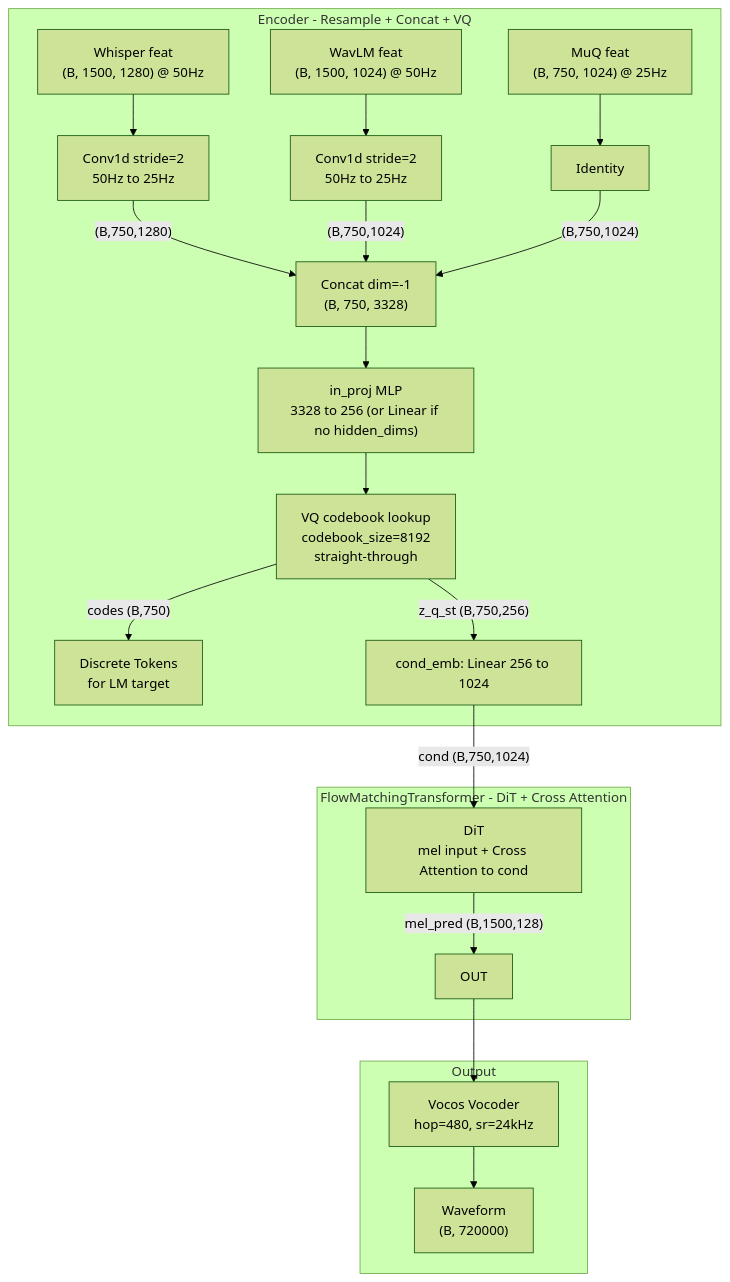
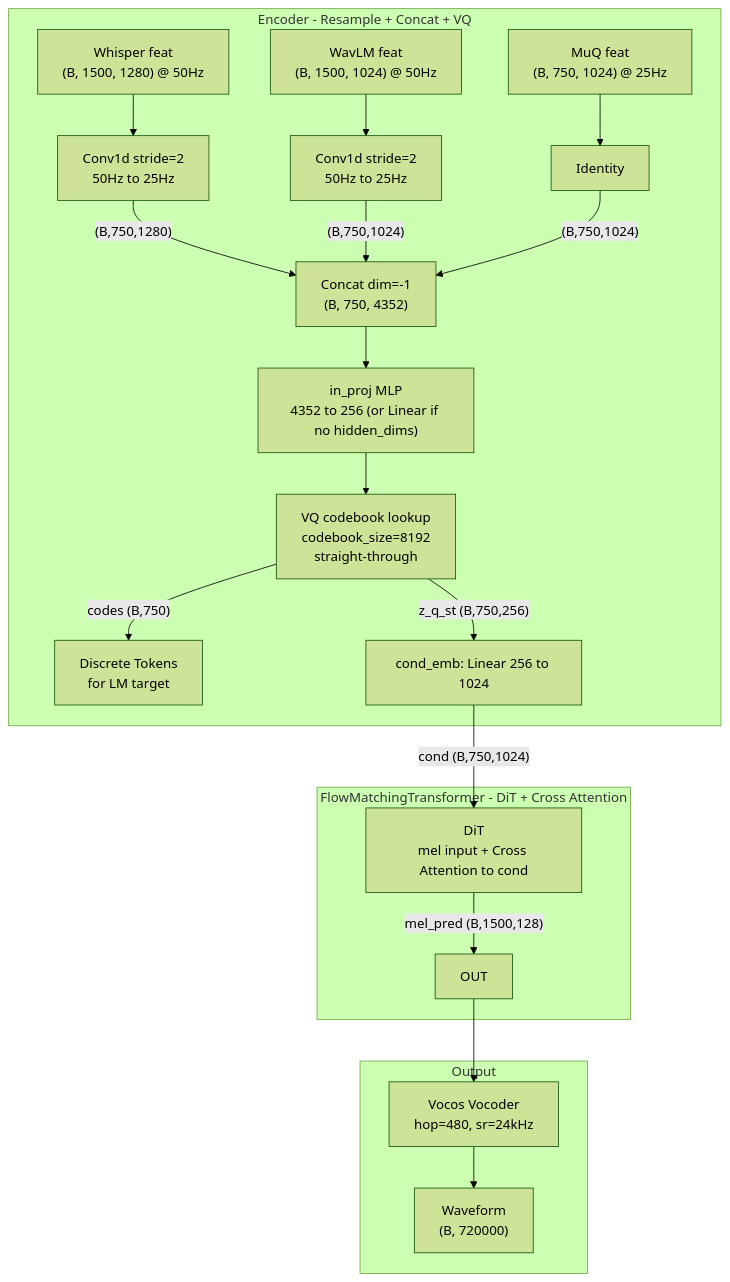
The diagram in ARCHITECTURE.md (ezmonyi/music-codec), drawn with Mermaid (forest theme) before and after one commit. The commit also changed other lines of this file and 24 other files, not shown here.

````diff
--- a/ARCHITECTURE.md
+++ b/ARCHITECTURE.md
@@ -7,31 +7,31 @@
 ```mermaid
 flowchart TD
     subgraph encoder [Encoder - Resample + Concat + VQ]
         W["Whisper feat\n(B, 1500, 1280) @ 50Hz"]
         WL["WavLM feat\n(B, 1500, 1024) @ 50Hz"]
         M["MuQ feat\n(B, 750, 1024) @ 25Hz"]
         
         W --> WR["Conv1d stride=2\n50Hz to 25Hz"]
         WL --> WLR["Conv1d stride=2\n50Hz to 25Hz"]
         M --> MID["Identity"]
         
-        WR -->|"(B,750,1280)"| CAT["Concat dim=-1\n(B, 750, 3328)"]
+        WR -->|"(B,750,1280)"| CAT["Concat dim=-1\n(B, 750, 4352)"]
         WLR -->|"(B,750,1024)"| CAT
         MID -->|"(B,750,1024)"| CAT
 
-        CAT --> INPROJ["in_proj MLP\n3328 to 256 (or Linear if no hidden_dims)"]
+        CAT --> INPROJ["in_proj MLP\n4352 to 256 (or Linear if no hidden_dims)"]
         INPROJ --> VQ["VQ codebook lookup\ncodebook_size=8192\nstraight-through"]
         VQ -->|"codes (B,750)"| CODES["Discrete Tokens\nfor LM target"]
         VQ -->|"z_q_st (B,750,256)"| CFM
     end
 
     subgraph cfm [FlowMatchingTransformer - DiT + Cross Attention]
         CFM["cond_emb: Linear 256 to 1024"] -->|"cond (B,750,1024)"| DIT["DiT\nmel input + Cross Attention to cond"]
         DIT -->|"mel_pred (B,1500,128)"| OUT
     end
     
     subgraph output [Output]
         OUT --> VOC["Vocos Vocoder\nhop=480, sr=24kHz"]
         VOC --> AUDIO["Waveform\n(B, 720000)"]
     end
 ```
````
